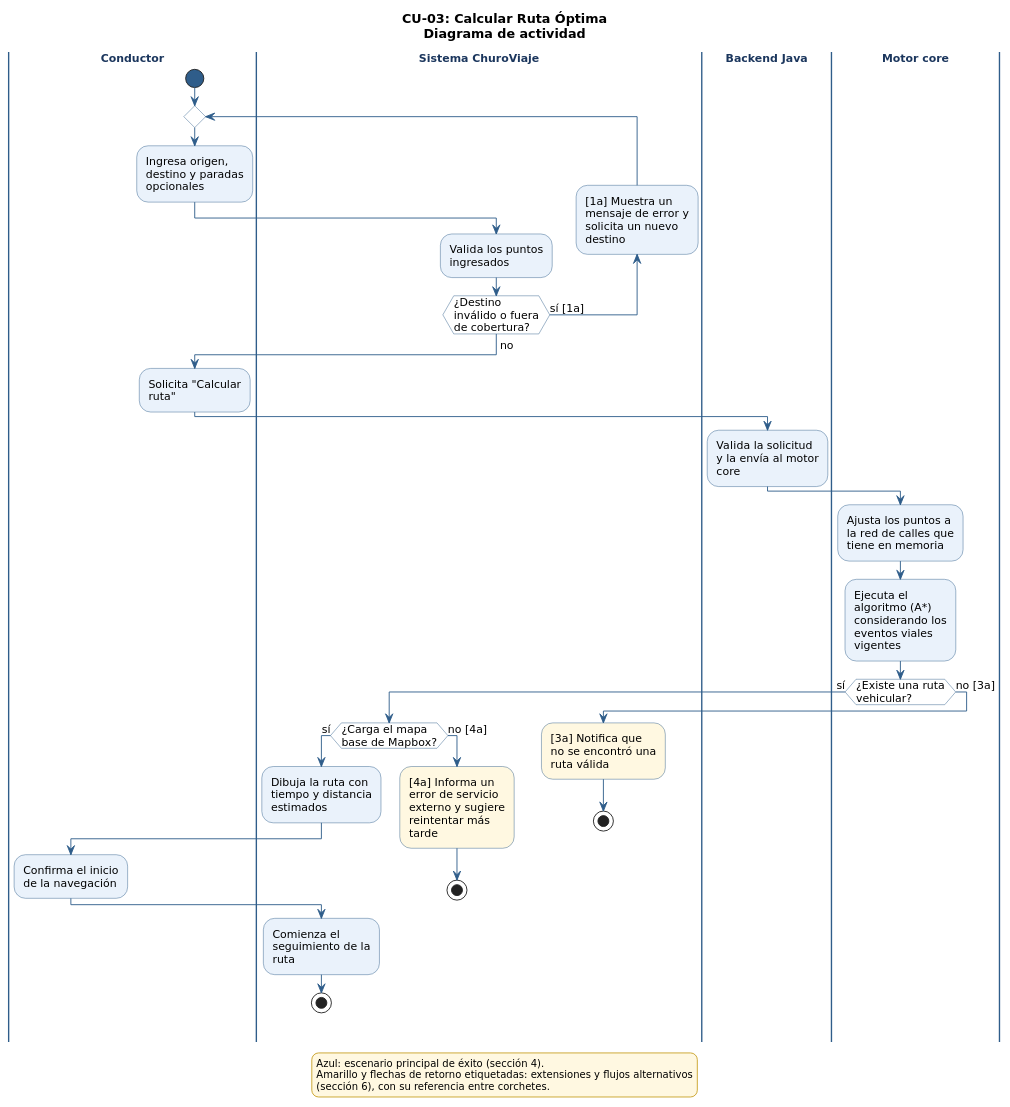
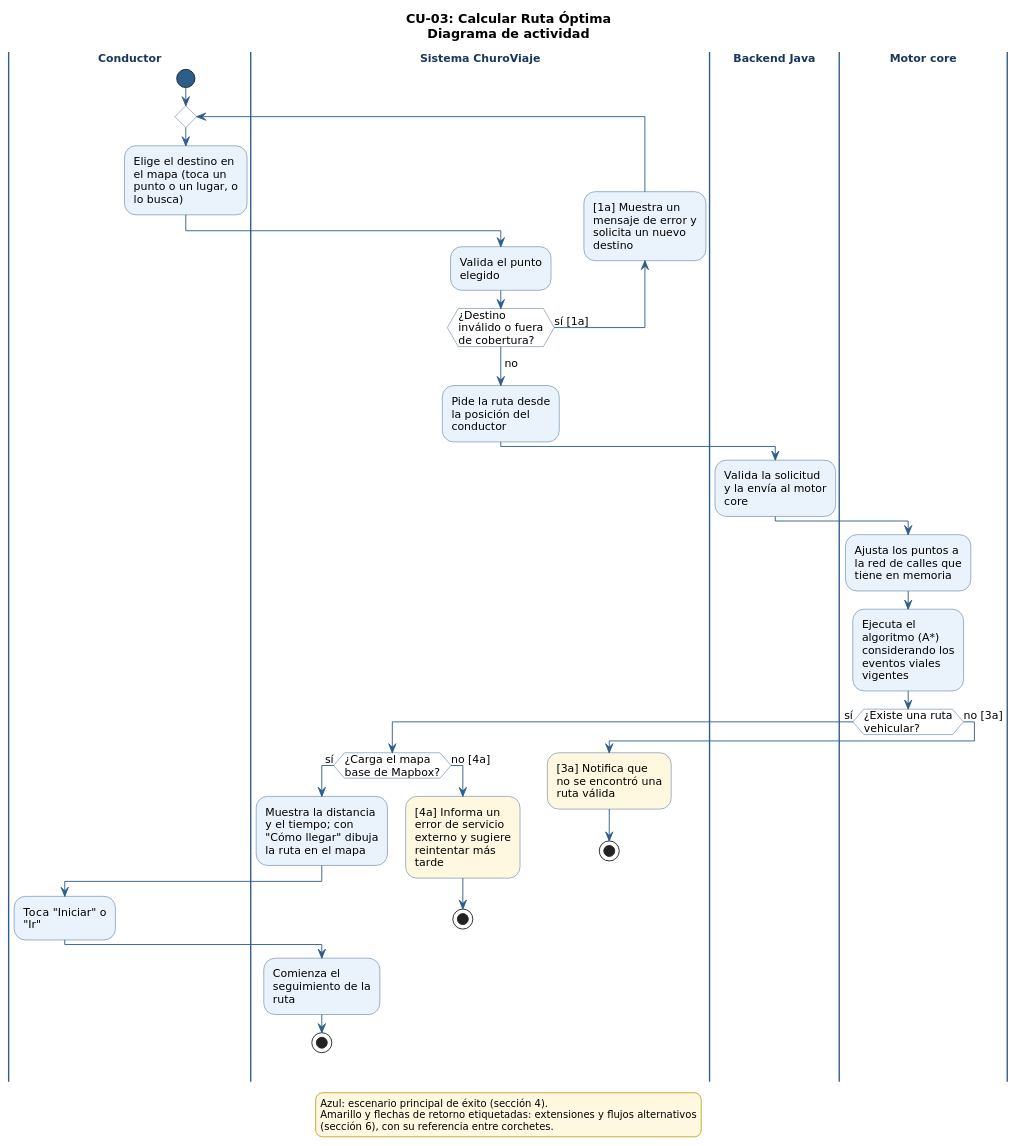
Before and after one commit to uniWASD/ChuroViajeInterno: the diagram in 03_des/01_Diagramas_de_comportamiento/CU-03_CalcularRutaOptima.puml, drawn with PlantUML. The commit also changed 9 other files, not shown here.

First line of the commit message:
docs: alinear casos de uso, historias y diagramas con el Sprint 6.5

```diff
--- a/03_des/01_Diagramas_de_comportamiento/CU-03_CalcularRutaOptima.puml
+++ b/03_des/01_Diagramas_de_comportamiento/CU-03_CalcularRutaOptima.puml
@@ -1,100 +1,104 @@
 @startuml CU-03_CalcularRutaOptima
 ' CU-03: Calcular Ruta Óptima - Diagrama de comportamiento (actividad)
 ' Fuente: 02_req - Especificación de Casos de Uso (CU-01 a CU-09), secciones 4 y 6
 ' Issue: T-045 (actualizado en T-086)
+' Sprint 6.5 (#191): el destino se elige en el mapa y el origen es la posición; la hoja muestra la ruta e «Iniciar» o «Ir».
 
 skinparam shadowing false
 skinparam defaultFontName "DejaVu Sans"
 skinparam defaultFontSize 12
 skinparam wrapWidth 200
 skinparam ArrowColor #2F5D8A
 skinparam activity {
   BackgroundColor #EAF2FB
   BorderColor #2F5D8A
   DiamondBackgroundColor #FFFFFF
   DiamondBorderColor #2F5D8A
   StartColor #2F5D8A
   EndColor #2F5D8A
 }
 skinparam swimlane {
   BorderColor #2F5D8A
   TitleFontStyle bold
   TitleFontColor #1B365D
 }
 skinparam legend {
   BackgroundColor #FFF8E1
   BorderColor #C9A227
   FontSize 11
 }
 
 title CU-03: Calcular Ruta Óptima\nDiagrama de actividad
 
 |Conductor|
 start
 repeat
   |Conductor|
-  :Ingresa origen,
-destino y paradas
-opcionales;
+  :Elige el destino en
+el mapa (toca un
+punto o un lugar, o
+lo busca);
   |Sistema ChuroViaje|
-  :Valida los puntos
-ingresados;
+  :Valida el punto
+elegido;
 backward:[1a] Muestra un
 mensaje de error y
 solicita un nuevo
 destino;
 repeat while (¿Destino\ninválido o fuera\nde cobertura?) is (sí [1a])
 ->no;
-|Conductor|
-:Solicita "Calcular
-ruta";
+|Sistema ChuroViaje|
+:Pide la ruta desde
+la posición del
+conductor;
 |Backend Java|
 :Valida la solicitud
 y la envía al motor
 core;
 |Motor core|
 :Ajusta los puntos a
 la red de calles que
 tiene en memoria;
 :Ejecuta el
 algoritmo (A*)
 considerando los
 eventos viales
 vigentes;
 if (¿Existe una ruta\nvehicular?) then (sí)
   |Sistema ChuroViaje|
   if (¿Carga el mapa\nbase de Mapbox?) then (sí)
-    :Dibuja la ruta con
-tiempo y distancia
-estimados;
+    :Muestra la distancia
+y el tiempo; con
+"Cómo llegar" dibuja
+la ruta en el mapa;
     |Conductor|
-    :Confirma el inicio
-de la navegación;
+    :Toca "Iniciar" o
+"Ir";
     |Sistema ChuroViaje|
     :Comienza el
 seguimiento de la
 ruta;
     stop
   else (no [4a])
     #FFF8E1:[4a] Informa un
 error de servicio
 externo y sugiere
 reintentar más
 tarde;
     stop
   endif
 else (no [3a])
   |Sistema ChuroViaje|
   #FFF8E1:[3a] Notifica que
 no se encontró una
 ruta válida;
   stop
 endif
 
 legend bottom
   Azul: escenario principal de éxito (sección 4).
   Amarillo y flechas de retorno etiquetadas: extensiones y flujos alternativos
   (sección 6), con su referencia entre corchetes.
 endlegend
 
 @enduml
```
